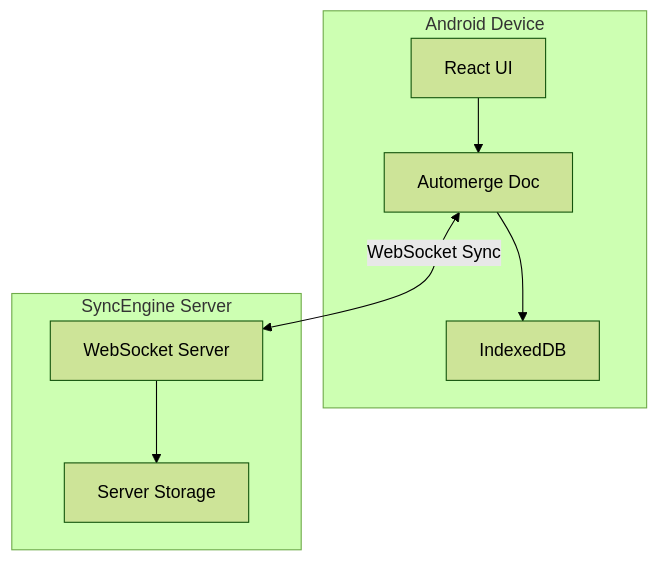
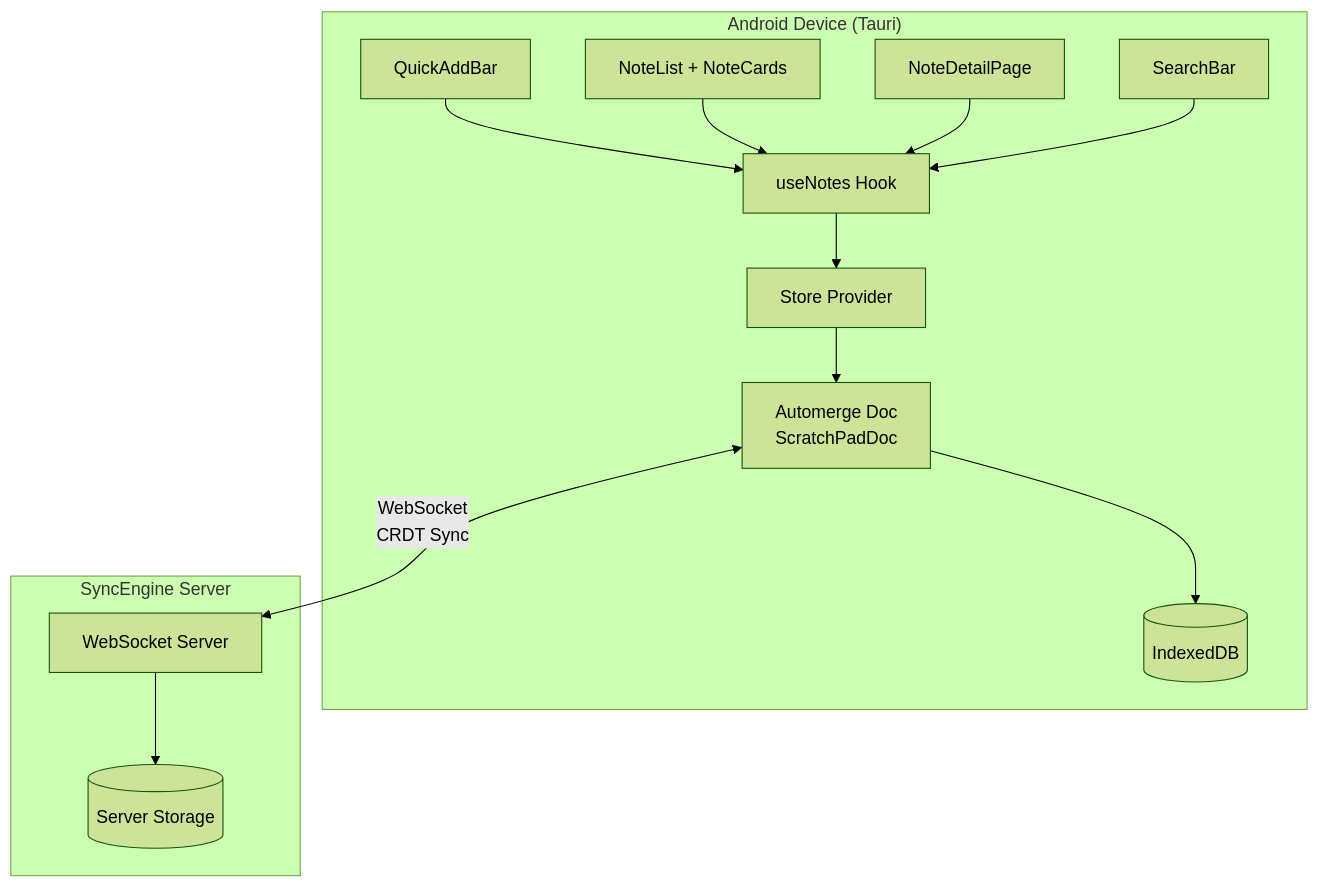
Before and after one commit to alejandroechev/scratchpad: the diagram in docs/system-diagram.md, drawn with Mermaid (forest theme). The commit also changed 2 other files, not shown here.

Commit message:
Polish: update README, system diagram, add CI workflow
- README with full feature list
- System diagram with component details
- GitHub Actions CI (tsc + vitest + playwright)
- Ready for v0.1.0-mvp

````diff
--- a/docs/system-diagram.md
+++ b/docs/system-diagram.md
@@ -3,18 +3,29 @@
 ```mermaid
 graph TD
-    subgraph "Android Device"
-        UI[React UI]
-        AM[Automerge Doc]
-        IDB[IndexedDB]
-        UI --> AM
+    subgraph "Android Device (Tauri)"
+        QAB[QuickAddBar]
+        NL[NoteList + NoteCards]
+        NDP[NoteDetailPage]
+        SB[SearchBar]
+        Hook[useNotes Hook]
+        SP[Store Provider]
+        AM[Automerge Doc<br/>ScratchPadDoc]
+        IDB[(IndexedDB)]
+
+        QAB --> Hook
+        NL --> Hook
+        NDP --> Hook
+        SB --> Hook
+        Hook --> SP
+        SP --> AM
         AM --> IDB
     end
 
     subgraph "SyncEngine Server"
         WS[WebSocket Server]
-        Storage[Server Storage]
+        Storage[(Server Storage)]
         WS --> Storage
     end
 
-    AM <-->|WebSocket Sync| WS
+    AM <-->|"WebSocket<br/>CRDT Sync"| WS
 ```
````
